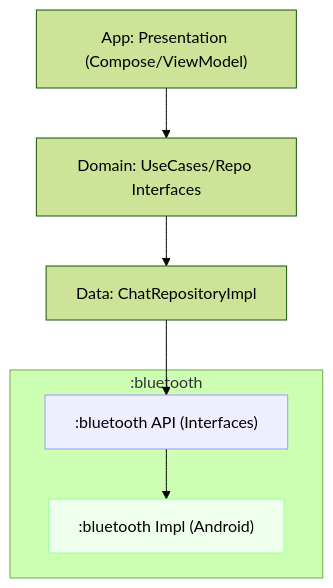
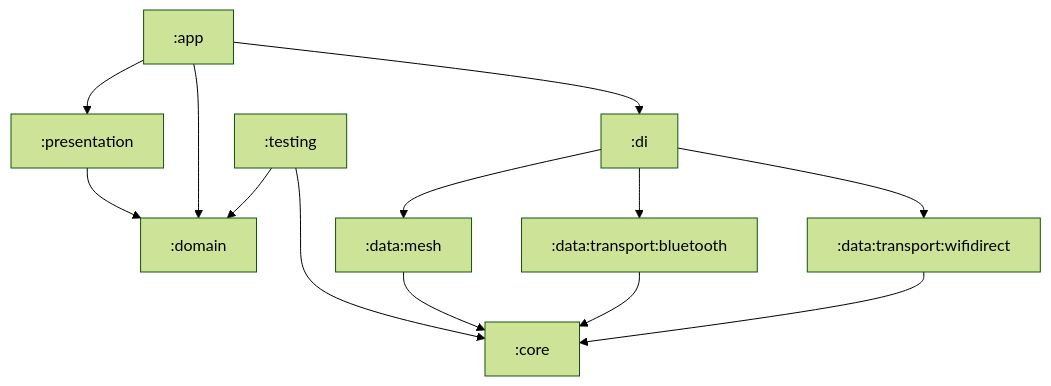
The first of 2 diagrams in README.md (bedirhantong/HayatKurtar), drawn with Mermaid (forest theme) before and after one commit. The commit also changed other lines of this file and 4946 other files, not shown here.

First line of the commit message:
docs(architecture): add comprehensive system architecture document

````diff
--- a/README.md
+++ b/README.md
@@ -178,15 +85,18 @@
 ```mermaid
 graph TD
-  A["App: Presentation (Compose/ViewModel)"] --> B["Domain: UseCases/Repo Interfaces"]
-  B --> C["Data: ChatRepositoryImpl"]
-  C --> D[":bluetooth API (Interfaces)"]
-  D --> E[":bluetooth Impl (Android)"]
-
-  subgraph ":bluetooth"
-    D
-    E
-  end
-
-  style D fill:#eef,stroke:#99f
-  style E fill:#efe,stroke:#9f9
+    A[":app"] --> B[":presentation"]
+    A --> C[":domain"]
+    A --> D[":di"]
+    
+    B --> C
+    D --> E[":data:mesh"]
+    D --> F[":data:transport:bluetooth"]
+    D --> G[":data:transport:wifidirect"]
+    
+    E --> H[":core"]
+    F --> H
+    G --> H
+    
+    I[":testing"] --> C
+    I --> H
 ```
````
